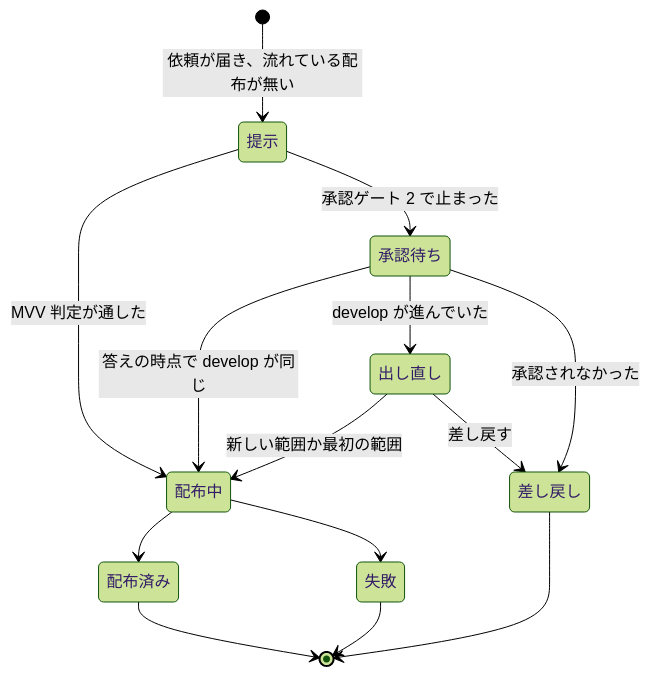
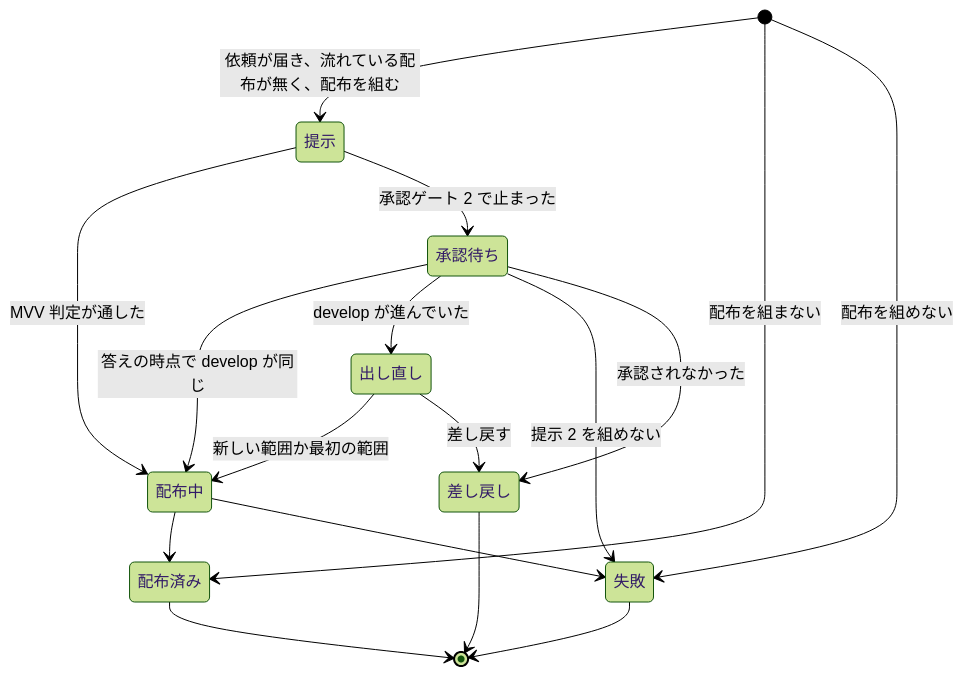
The second of 2 diagrams in docs/specifications/ndf-parallel-organizer.md (devbasex/ai-plugins), drawn with Mermaid (forest theme) before and after one commit. The commit also changed other lines of this file, not shown here.

````diff
--- a/docs/specifications/ndf-parallel-organizer.md
+++ b/docs/specifications/ndf-parallel-organizer.md
@@ -178,16 +187,19 @@
 ```mermaid
 stateDiagram-v2
-    [*] --> 提示: 依頼が届き、流れている配布が無い
+    [*] --> 提示: 依頼が届き、流れている配布が無く、配布を組む
+    [*] --> 配布済み: 配布を組まない
+    [*] --> 失敗: 配布を組めない
     提示 --> 配布中: MVV 判定が通した
     提示 --> 承認待ち: 承認ゲート 2 で止まった
     承認待ち --> 配布中: 答えの時点で develop が同じ
     承認待ち --> 出し直し: develop が進んでいた
     出し直し --> 配布中: 新しい範囲か最初の範囲
+    承認待ち --> 失敗: 提示 2 を組めない
     承認待ち --> 差し戻し: 承認されなかった
     出し直し --> 差し戻し: 差し戻す
     配布中 --> 配布済み
     配布中 --> 失敗
     配布済み --> [*]
     差し戻し --> [*]
     失敗 --> [*]
 ```
````
